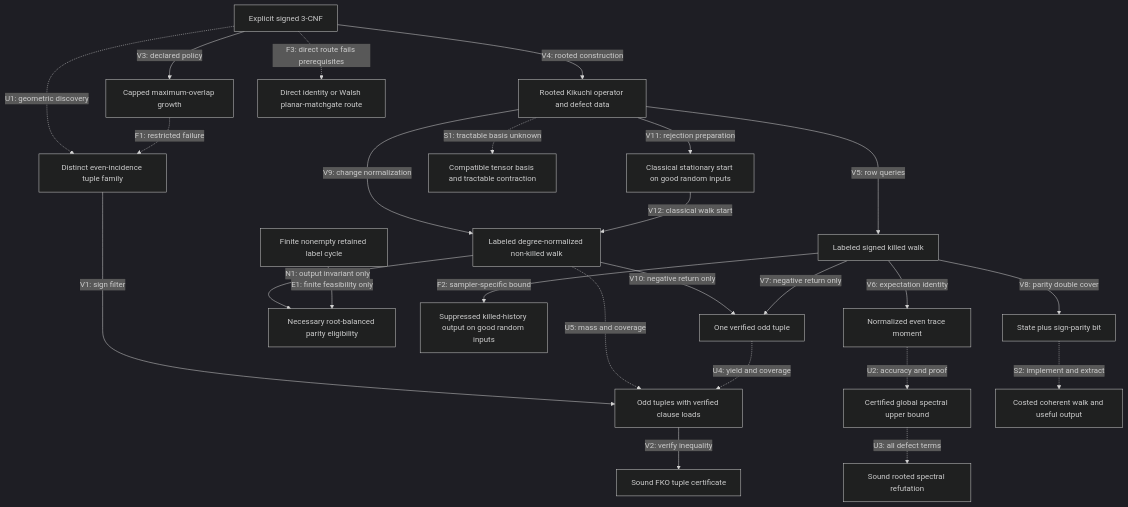
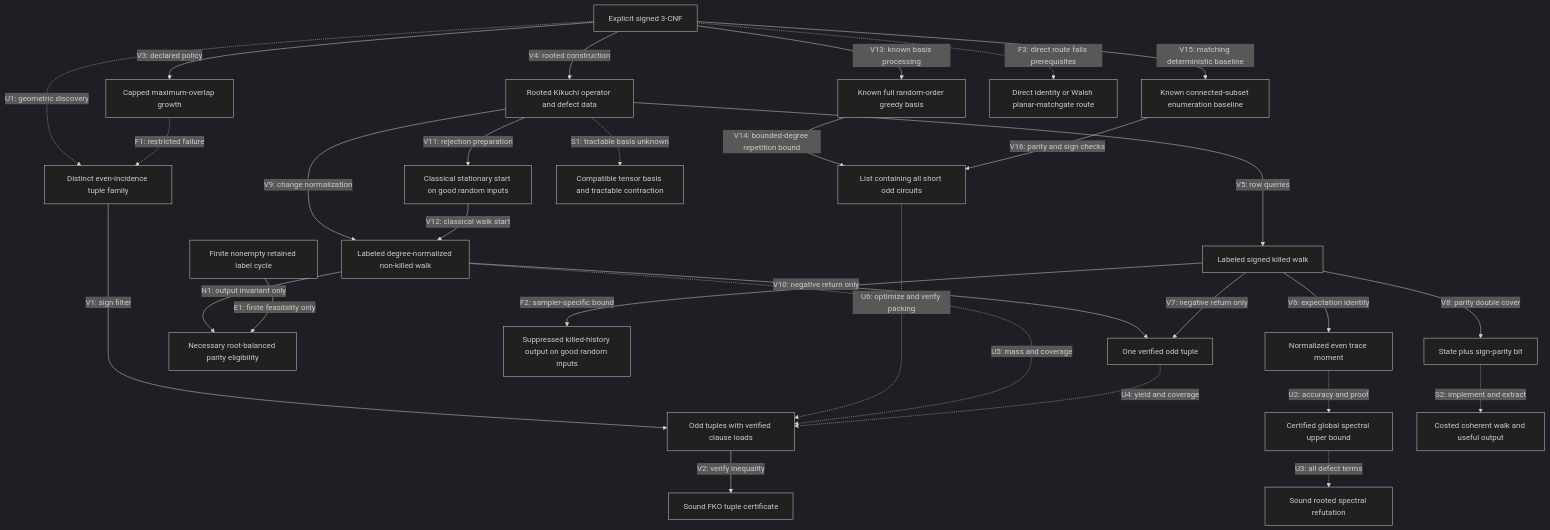
One commit to Quantyra/formal-pvnp changed the diagram in research/p-equals-np/2026-09-11-research-meta-graph.md. Above: the diagram before and after it, drawn with Mermaid (dark theme). The commit also changed other lines of this file and 6 other files, not shown here.

Commit message:
Analyze greedy circuit recovery against connected enumeration baseline

````diff
--- a/research/p-equals-np/2026-09-11-research-meta-graph.md
+++ b/research/p-equals-np/2026-09-11-research-meta-graph.md
@@ -5,47 +5,55 @@
 ```mermaid
 flowchart TD
   CNF[Explicit signed 3-CNF]
   GEOM[Distinct even-incidence tuple family]
   ODD[Odd tuples with verified clause loads]
   CERT[Sound FKO tuple certificate]
   ROOTCERT[Sound rooted spectral refutation]
   ONE[One verified odd tuple]
+  BASIS[Known full random-order greedy basis]
+  CIRCUITS[List containing all short odd circuits]
+  ENUM[Known connected-subset enumeration baseline]
   LOCAL[Capped maximum-overlap growth]
   ROOT[Rooted Kikuchi operator and defect data]
   WALK[Labeled signed killed walk]
   FREE[Labeled degree-normalized non-killed walk]
   START[Classical stationary start on good random inputs]
   ELIG[Necessary root-balanced parity eligibility]
   EXAMPLE[Finite nonempty retained label cycle]
   KILL[Suppressed killed-history output on good random inputs]
   DIRECT[Direct identity or Walsh planar-matchgate route]
   MOM[Normalized even trace moment]
   UPPER[Certified global spectral upper bound]
   DOUBLE[State plus sign-parity bit]
   TENSOR[Compatible tensor basis and tractable contraction]
   QUANT[Costed coherent walk and useful output]
   CNF -. U1: geometric discovery .-> GEOM
   GEOM -->|V1: sign filter| ODD
   ODD -->|V2: verify inequality| CERT
+  CNF -->|V13: known basis processing| BASIS
+  BASIS -->|V14: bounded-degree repetition bound| CIRCUITS
+  CNF -->|V15: matching deterministic baseline| ENUM
+  ENUM -->|V16: parity and sign checks| CIRCUITS
+  CIRCUITS -. U6: optimize and verify packing .-> ODD
   CNF -->|V3: declared policy| LOCAL
   LOCAL -. F1: restricted failure .-> GEOM
   CNF -->|V4: rooted construction| ROOT
   ROOT -->|V5: row queries| WALK
   WALK -->|F2: sampler-specific bound| KILL
   ROOT -->|V9: change normalization| FREE
   ROOT -->|V11: rejection preparation| START
   START -->|V12: classical walk start| FREE
   FREE -->|N1: output invariant only| ELIG
   EXAMPLE -->|E1: finite feasibility only| ELIG
   FREE -->|V10: negative return only| ONE
   FREE -. U5: mass and coverage .-> ODD
   CNF -. F3: direct route fails prerequisites .-> DIRECT
   WALK -->|V6: expectation identity| MOM
   WALK -->|V7: negative return only| ONE
   ONE -. U4: yield and coverage .-> ODD
   MOM -. U2: accuracy and proof .-> UPPER
   UPPER -. U3: all defect terms .-> ROOTCERT
   WALK -->|V8: parity double cover| DOUBLE
   ROOT -. S1: tractable basis unknown .-> TENSOR
   DOUBLE -. S2: implement and extract .-> QUANT
 ```
````
